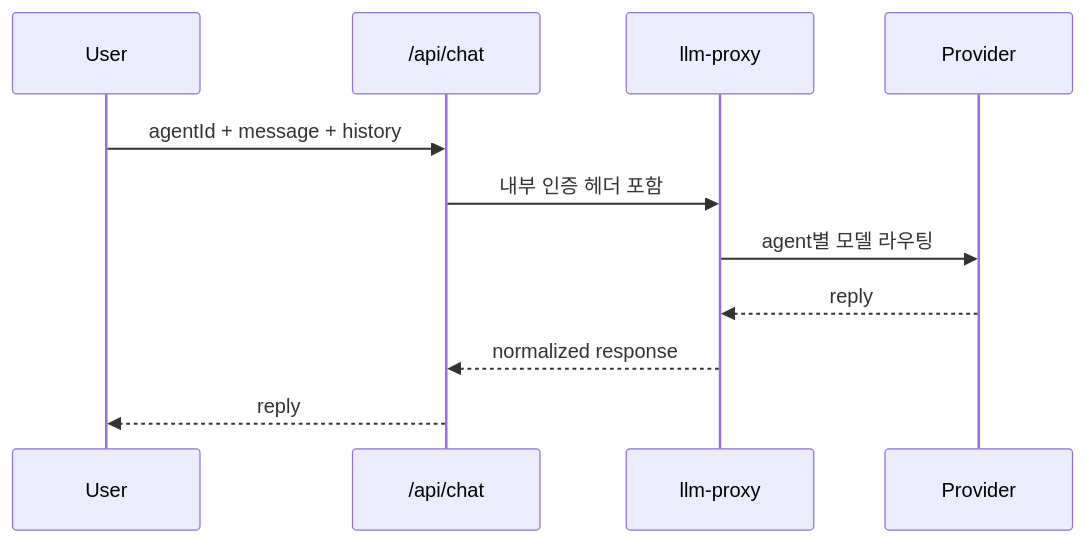
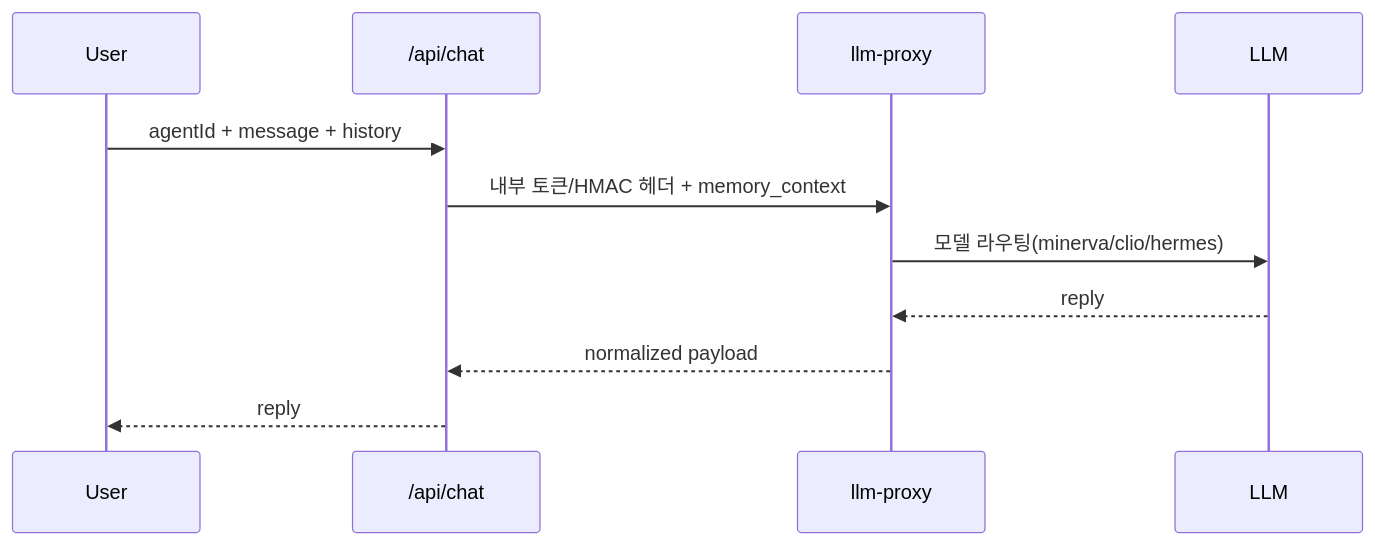
Before and after one commit to Merchantlee99/Personal-AI-agent-v2: the second of 4 diagrams in docs/ARCHITECTURE.md, drawn with Mermaid. The commit also changed other lines of this file and 9 other files, not shown here.

````diff
--- a/docs/ARCHITECTURE.md
+++ b/docs/ARCHITECTURE.md
@@ -69,14 +70,14 @@
 ```mermaid
 sequenceDiagram
   participant U as User
-  participant FE as /api/chat
-  participant PX as llm-proxy
-  participant LLM as Provider
+  participant C as /api/chat
+  participant P as llm-proxy
+  participant L as LLM
 
-  U->>FE: agentId + message + history
-  FE->>PX: 내부 인증 헤더 포함
-  PX->>LLM: agent별 모델 라우팅
-  LLM-->>PX: reply
-  PX-->>FE: normalized response
-  FE-->>U: reply
+  U->>C: agentId + message + history
+  C->>P: 내부 토큰/HMAC 헤더 + memory_context
+  P->>L: 모델 라우팅(minerva/clio/hermes)
+  L-->>P: reply
+  P-->>C: normalized payload
+  C-->>U: reply
 ```
````
